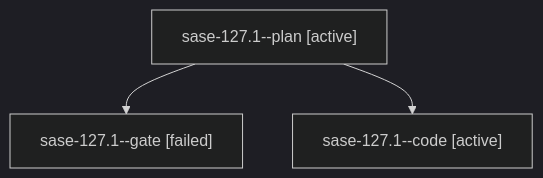
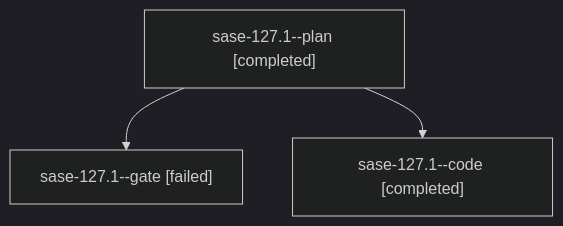
Before and after one commit to sase-org/sase--agents: the diagram in families/bbugyi200.athena.sase-127.1.md, drawn with Mermaid (dark theme). The commit also changed other lines of this file and 99 other files, not shown here.

````diff
--- a/families/bbugyi200.athena.sase-127.1.md
+++ b/families/bbugyi200.athena.sase-127.1.md
@@ -9,8 +9,8 @@
 ```mermaid
 flowchart TD
-  n0["sase-127.1--plan [active]"]
+  n0["sase-127.1--plan [completed]"]
   n1["sase-127.1--gate [failed]"]
   n0 --> n1
-  n2["sase-127.1--code [active]"]
+  n2["sase-127.1--code [completed]"]
   n0 --> n2
 ```
````
